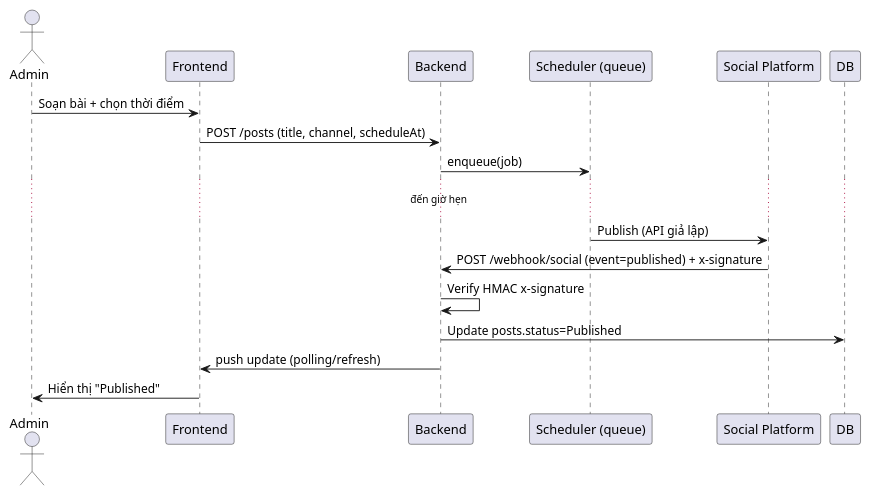
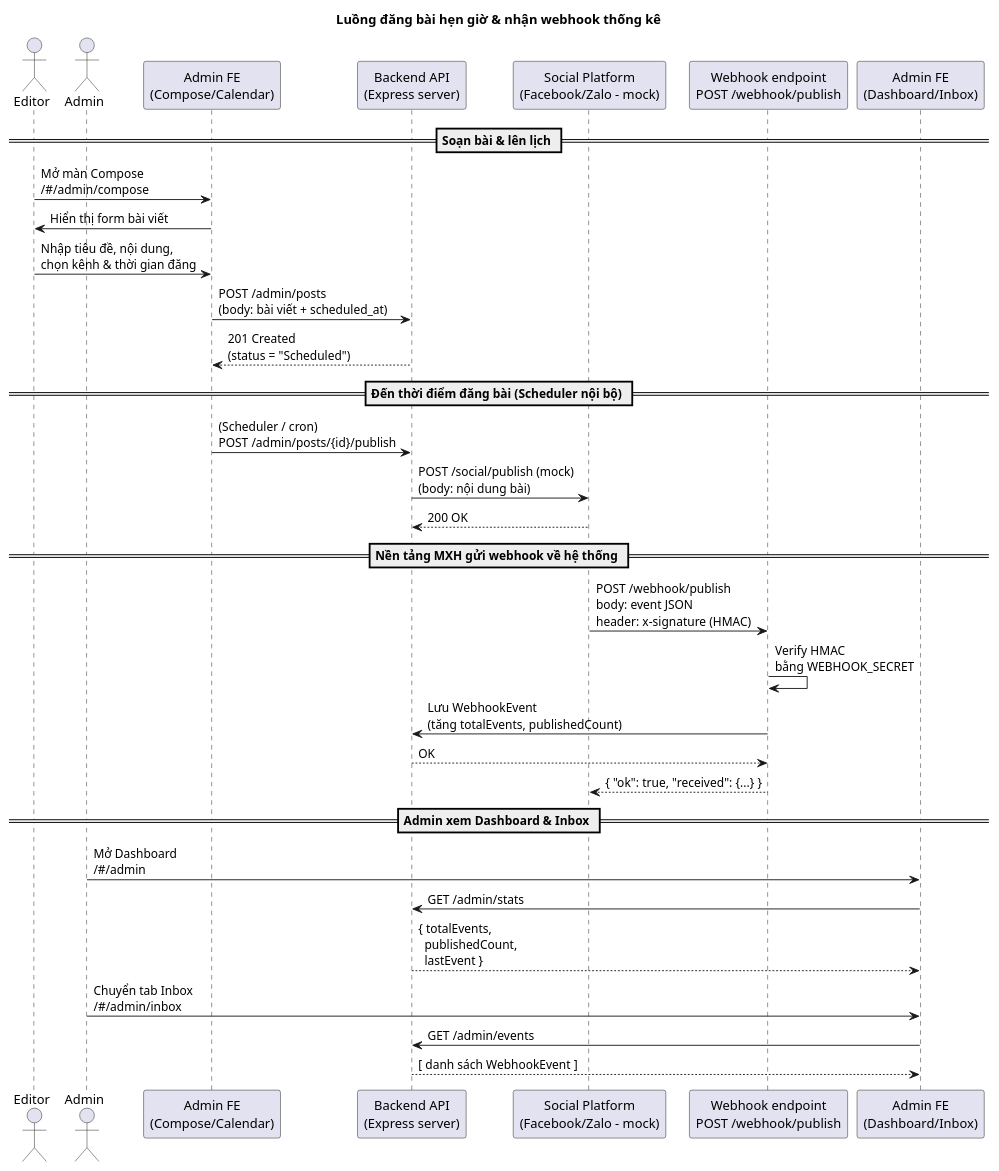
Before and after one commit to TuMaiNguyen/multichannel-sprint0: the diagram in docs/uml/sequence_schedule_webhook.puml, drawn with PlantUML. The commit also changed 4 other files, not shown here.

Commit message:
Finish OpenAPI spec + verified with Swagger Editor

```diff
--- a/docs/uml/sequence_schedule_webhook.puml
+++ b/docs/uml/sequence_schedule_webhook.puml
@@ -1,18 +1,46 @@
 @startuml
+title Luồng đăng bài hẹn giờ & nhận webhook thống kê
+
+actor Editor
 actor Admin
-participant "Frontend" as FE
-participant "Backend" as BE
-participant "Scheduler (queue)" as SCH
-participant "Social Platform" as SP
 
-Admin -> FE: Soạn bài + chọn thời điểm
-FE -> BE: POST /posts (title, channel, scheduleAt)
-BE -> SCH: enqueue(job)
-... đến giờ hẹn ...
-SCH -> SP: Publish (API giả lập)
-SP -> BE: POST /webhook/social (event=published) + x-signature
-BE -> BE: Verify HMAC x-signature
-BE -> DB: Update posts.status=Published
-BE -> FE: push update (polling/refresh)
-FE -> Admin: Hiển thị "Published"
+participant "Admin FE\n(Compose/Calendar)" as FECompose
+participant "Backend API\n(Express server)" as API
+participant "Social Platform\n(Facebook/Zalo – mock)" as Social
+participant "Webhook endpoint\nPOST /webhook/publish" as Webhook
+participant "Admin FE\n(Dashboard/Inbox)" as FEDashboard
+
+== Soạn bài & lên lịch ==
+
+Editor -> FECompose : Mở màn Compose\n/#/admin/compose
+FECompose -> Editor : Hiển thị form bài viết
+
+Editor -> FECompose : Nhập tiêu đề, nội dung,\nchọn kênh & thời gian đăng
+FECompose -> API : POST /admin/posts\n(body: bài viết + scheduled_at)
+API --> FECompose : 201 Created\n(status = "Scheduled")
+
+== Đến thời điểm đăng bài (Scheduler nội bộ) ==
+
+FECompose -> API : (Scheduler / cron)\nPOST /admin/posts/{id}/publish
+API -> Social : POST /social/publish (mock)\n(body: nội dung bài)
+Social --> API : 200 OK
+
+== Nền tảng MXH gửi webhook về hệ thống ==
+
+Social -> Webhook : POST /webhook/publish\nbody: event JSON\nheader: x-signature (HMAC)
+Webhook -> Webhook : Verify HMAC\nbằng WEBHOOK_SECRET
+Webhook -> API : Lưu WebhookEvent\n(tăng totalEvents, publishedCount)
+API --> Webhook : OK
+Webhook --> Social : { "ok": true, "received": {...} }
+
+== Admin xem Dashboard & Inbox ==
+
+Admin -> FEDashboard : Mở Dashboard\n/#/admin
+FEDashboard -> API : GET /admin/stats
+API --> FEDashboard : { totalEvents,\n  publishedCount,\n  lastEvent }
+
+Admin -> FEDashboard : Chuyển tab Inbox\n/#/admin/inbox
+FEDashboard -> API : GET /admin/events
+API --> FEDashboard : [ danh sách WebhookEvent ]
+
 @enduml
```
